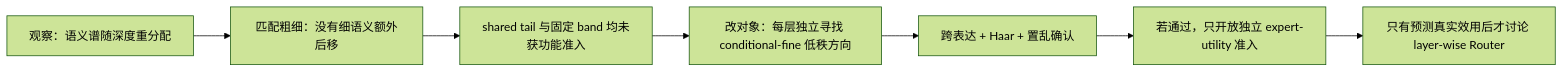
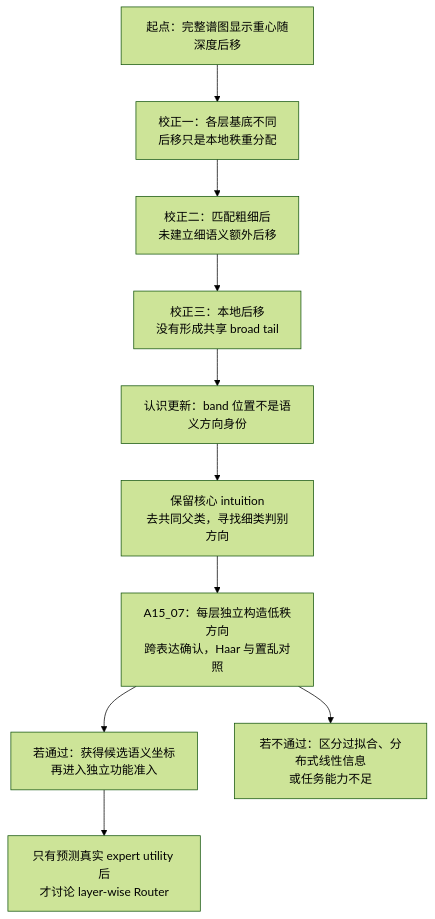
One commit to Frandium/kv_cache changed the diagram in xyDeng/sync/2026-08-10/layerwise_semantic_spectral_localization/focus.md. Above: the diagram before and after it, drawn with Mermaid (forest theme). The commit also changed other lines of this file and 2 other files, not shown here.

````diff
--- a/xyDeng/sync/2026-08-10/layerwise_semantic_spectral_localization/focus.md
+++ b/xyDeng/sync/2026-08-10/layerwise_semantic_spectral_localization/focus.md
@@ -49,9 +60,12 @@
 ```mermaid
-flowchart LR
-    A["观察：语义谱随深度重分配"] --> B["匹配粗细：没有细语义额外后移"]
-    B --> C["shared tail 与固定 band 均未获功能准入"]
-    C --> D["改对象：每层独立寻找 conditional-fine 低秩方向"]
-    D --> E["跨表达 + Haar + 置乱确认"]
-    E --> F["若通过，只开放独立 expert-utility 准入"]
-    F --> G["只有预测真实效用后才讨论 layer-wise Router"]
+flowchart TD
+    A["起点：完整谱图显示重心随深度后移"] --> B["校正一：各层基底不同<br/>后移只是本地秩重分配"]
+    B --> C["校正二：匹配粗细后<br/>未建立细语义额外后移"]
+    C --> D["校正三：本地后移<br/>没有形成共享 broad tail"]
+    D --> E["认识更新：band 位置不是语义方向身份"]
+    E --> F["保留核心 intuition<br/>去共同父类，寻找细类判别方向"]
+    F --> G["A15_07：每层独立构造低秩方向<br/>跨表达确认，Haar 与置乱对照"]
+    G --> H["若通过：获得候选语义坐标<br/>再进入独立功能准入"]
+    G --> I["若不通过：区分过拟合、分布式线性信息<br/>或任务能力不足"]
+    H --> J["只有预测真实 expert utility 后<br/>才讨论 layer-wise Router"]
 ```
````
